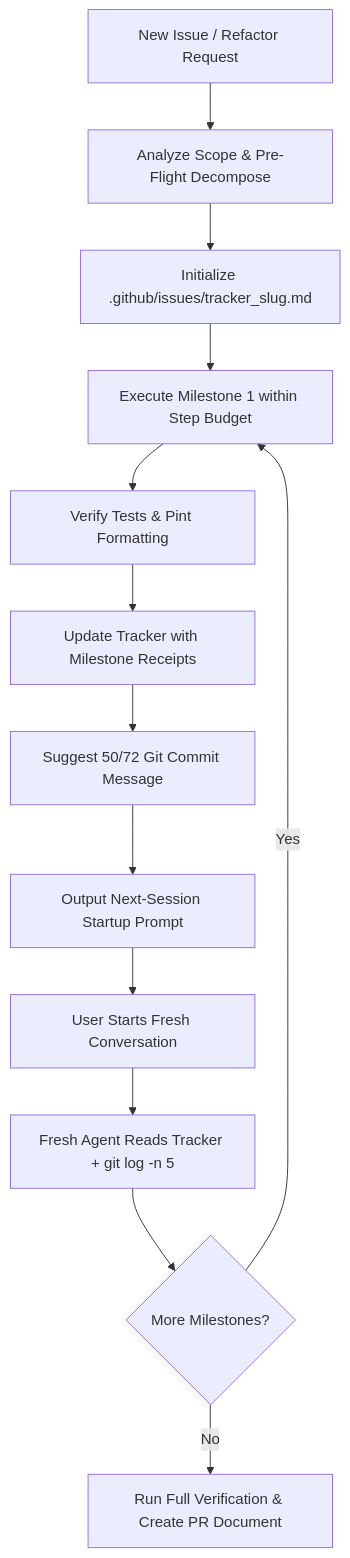
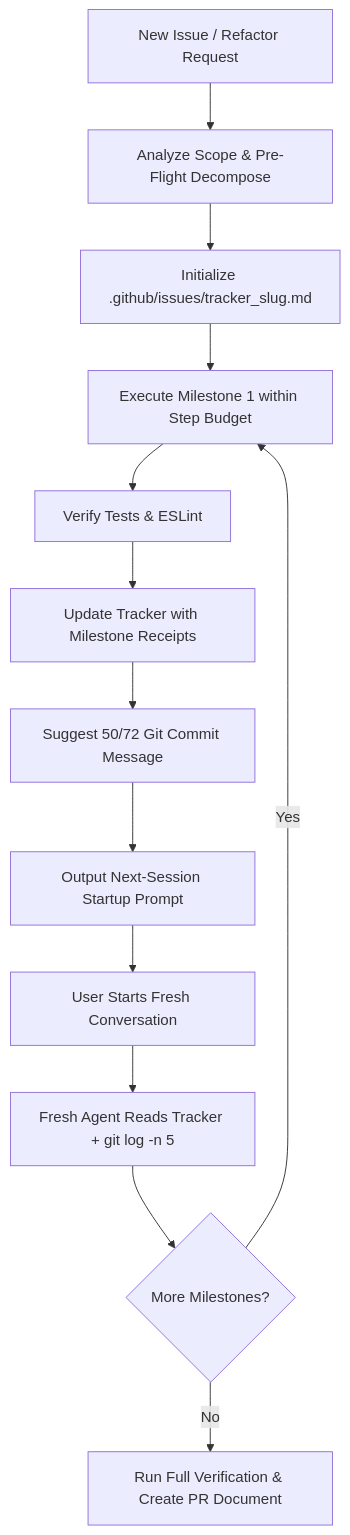
The diagram in .agents/skills/milestone-task-orchestrator/SKILL.md (nachopitt/meltia), drawn with Mermaid before and after one commit. The commit also changed other lines of this file and 17 other files, not shown here.

````diff
--- a/.agents/skills/milestone-task-orchestrator/SKILL.md
+++ b/.agents/skills/milestone-task-orchestrator/SKILL.md
@@ -80,15 +80,15 @@
 ```mermaid
 flowchart TD
     A[New Issue / Refactor Request] --> B[Analyze Scope & Pre-Flight Decompose]
     B --> C[Initialize .github/issues/tracker_slug.md]
     C --> D[Execute Milestone 1 within Step Budget]
-    D --> E[Verify Tests & Pint Formatting]
+    D --> E[Verify Tests & ESLint]
     E --> F[Update Tracker with Milestone Receipts]
     F --> G[Suggest 50/72 Git Commit Message]
     G --> H[Output Next-Session Startup Prompt]
     H --> I[User Starts Fresh Conversation]
     I --> J[Fresh Agent Reads Tracker + git log -n 5]
     J --> K{More Milestones?}
     K -- Yes --> D
     K -- No --> L[Run Full Verification & Create PR Document]
 ```
````
